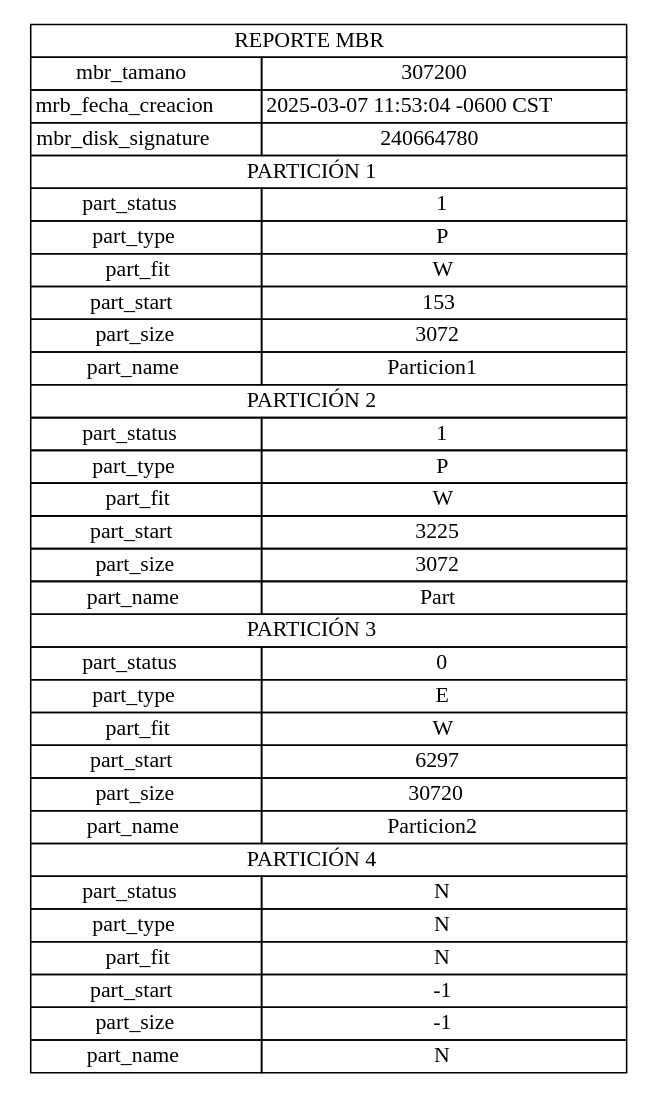
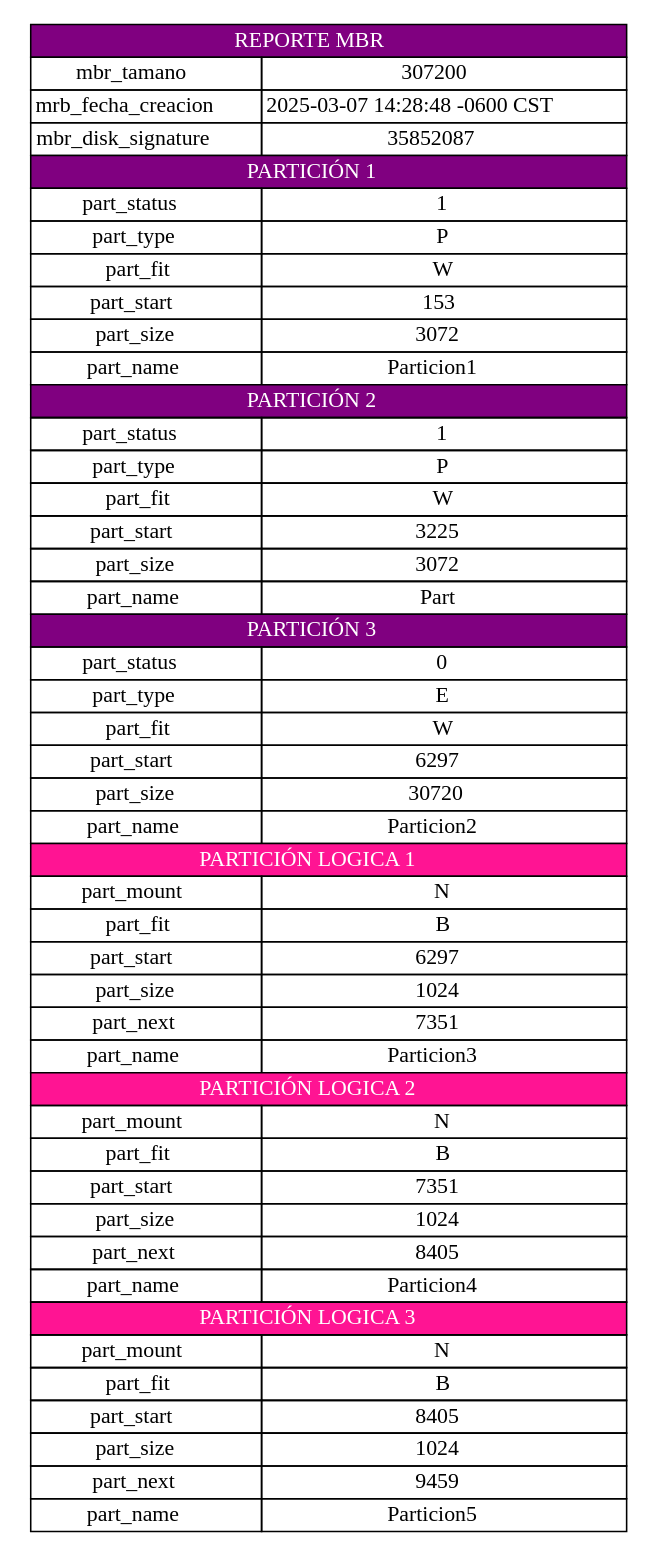
The diagram in server/src/salida/reporte1.dot (miguel-tubac/MIA_1S2025_P1_202101927), drawn with Graphviz before and after one commit. The commit also changed 6 other files, not shown here.

Commit message:
Se realizo el reporte del MBR

```diff
--- a/server/src/salida/reporte1.dot
+++ b/server/src/salida/reporte1.dot
@@ -1,41 +1,57 @@
 digraph G {
         node [shape=plaintext]
         tabla [label=<
             <table border="0" cellborder="1" cellspacing="0">
-                <tr><td colspan="2"> REPORTE MBR </td></tr>
+                <tr><td colspan="2" bgcolor="#800080"><font color="white"> REPORTE MBR </font></td></tr>
                 <tr><td>mbr_tamano</td><td>307200</td></tr>
-                <tr><td>mrb_fecha_creacion</td><td>2025-03-07 11:53:04 -0600 CST</td></tr>
-                <tr><td>mbr_disk_signature</td><td>240664780</td></tr>
+                <tr><td>mrb_fecha_creacion</td><td>2025-03-07 14:28:48 -0600 CST</td></tr>
+                <tr><td>mbr_disk_signature</td><td>35852087</td></tr>
             
-				<tr><td colspan="2"> PARTICIÓN 1 </td></tr>
-				<tr><td>part_status</td><td>1</td></tr>
-				<tr><td>part_type</td><td>P</td></tr>
-				<tr><td>part_fit</td><td>W</td></tr>
-				<tr><td>part_start</td><td>153</td></tr>
-				<tr><td>part_size</td><td>3072</td></tr>
-				<tr><td>part_name</td><td>Particion1</td></tr>
-			
-				<tr><td colspan="2"> PARTICIÓN 2 </td></tr>
-				<tr><td>part_status</td><td>1</td></tr>
-				<tr><td>part_type</td><td>P</td></tr>
-				<tr><td>part_fit</td><td>W</td></tr>
-				<tr><td>part_start</td><td>3225</td></tr>
-				<tr><td>part_size</td><td>3072</td></tr>
-				<tr><td>part_name</td><td>Part</td></tr>
-			
-				<tr><td colspan="2"> PARTICIÓN 3 </td></tr>
-				<tr><td>part_status</td><td>0</td></tr>
-				<tr><td>part_type</td><td>E</td></tr>
-				<tr><td>part_fit</td><td>W</td></tr>
-				<tr><td>part_start</td><td>6297</td></tr>
-				<tr><td>part_size</td><td>30720</td></tr>
-				<tr><td>part_name</td><td>Particion2</td></tr>
-			
-				<tr><td colspan="2"> PARTICIÓN 4 </td></tr>
-				<tr><td>part_status</td><td>N</td></tr>
-				<tr><td>part_type</td><td>N</td></tr>
-				<tr><td>part_fit</td><td>N</td></tr>
-				<tr><td>part_start</td><td>-1</td></tr>
-				<tr><td>part_size</td><td>-1</td></tr>
-				<tr><td>part_name</td><td>N</td></tr>
-			</table>>] }
+			<tr><td colspan="2" bgcolor="#800080"><font color="white"> PARTICIÓN 1 </font></td></tr>
+			<tr><td>part_status</td><td>1</td></tr>
+			<tr><td>part_type</td><td>P</td></tr>
+			<tr><td>part_fit</td><td>W</td></tr>
+			<tr><td>part_start</td><td>153</td></tr>
+			<tr><td>part_size</td><td>3072</td></tr>
+			<tr><td>part_name</td><td>Particion1</td></tr>
+		
+			<tr><td colspan="2" bgcolor="#800080"><font color="white"> PARTICIÓN 2 </font></td></tr>
+			<tr><td>part_status</td><td>1</td></tr>
+			<tr><td>part_type</td><td>P</td></tr>
+			<tr><td>part_fit</td><td>W</td></tr>
+			<tr><td>part_start</td><td>3225</td></tr>
+			<tr><td>part_size</td><td>3072</td></tr>
+			<tr><td>part_name</td><td>Part</td></tr>
+		
+			<tr><td colspan="2" bgcolor="#800080"><font color="white"> PARTICIÓN 3 </font></td></tr>
+			<tr><td>part_status</td><td>0</td></tr>
+			<tr><td>part_type</td><td>E</td></tr>
+			<tr><td>part_fit</td><td>W</td></tr>
+			<tr><td>part_start</td><td>6297</td></tr>
+			<tr><td>part_size</td><td>30720</td></tr>
+			<tr><td>part_name</td><td>Particion2</td></tr>
+		
+					<tr><td colspan="2" bgcolor="#FF1493"><font color="white"> PARTICIÓN LOGICA 1 </font></td></tr>
+					<tr><td>part_mount</td><td>N</td></tr>
+					<tr><td>part_fit</td><td>B</td></tr>
+					<tr><td>part_start</td><td>6297</td></tr>
+					<tr><td>part_size</td><td>1024</td></tr>
+					<tr><td>part_next</td><td>7351</td></tr>
+					<tr><td>part_name</td><td>Particion3</td></tr>
+				
+					<tr><td colspan="2" bgcolor="#FF1493"><font color="white"> PARTICIÓN LOGICA 2 </font></td></tr>
+					<tr><td>part_mount</td><td>N</td></tr>
+					<tr><td>part_fit</td><td>B</td></tr>
+					<tr><td>part_start</td><td>7351</td></tr>
+					<tr><td>part_size</td><td>1024</td></tr>
+					<tr><td>part_next</td><td>8405</td></tr>
+					<tr><td>part_name</td><td>Particion4</td></tr>
+				
+					<tr><td colspan="2" bgcolor="#FF1493"><font color="white"> PARTICIÓN LOGICA 3 </font></td></tr>
+					<tr><td>part_mount</td><td>N</td></tr>
+					<tr><td>part_fit</td><td>B</td></tr>
+					<tr><td>part_start</td><td>8405</td></tr>
+					<tr><td>part_size</td><td>1024</td></tr>
+					<tr><td>part_next</td><td>9459</td></tr>
+					<tr><td>part_name</td><td>Particion5</td></tr>
+				</table>>] }
```
